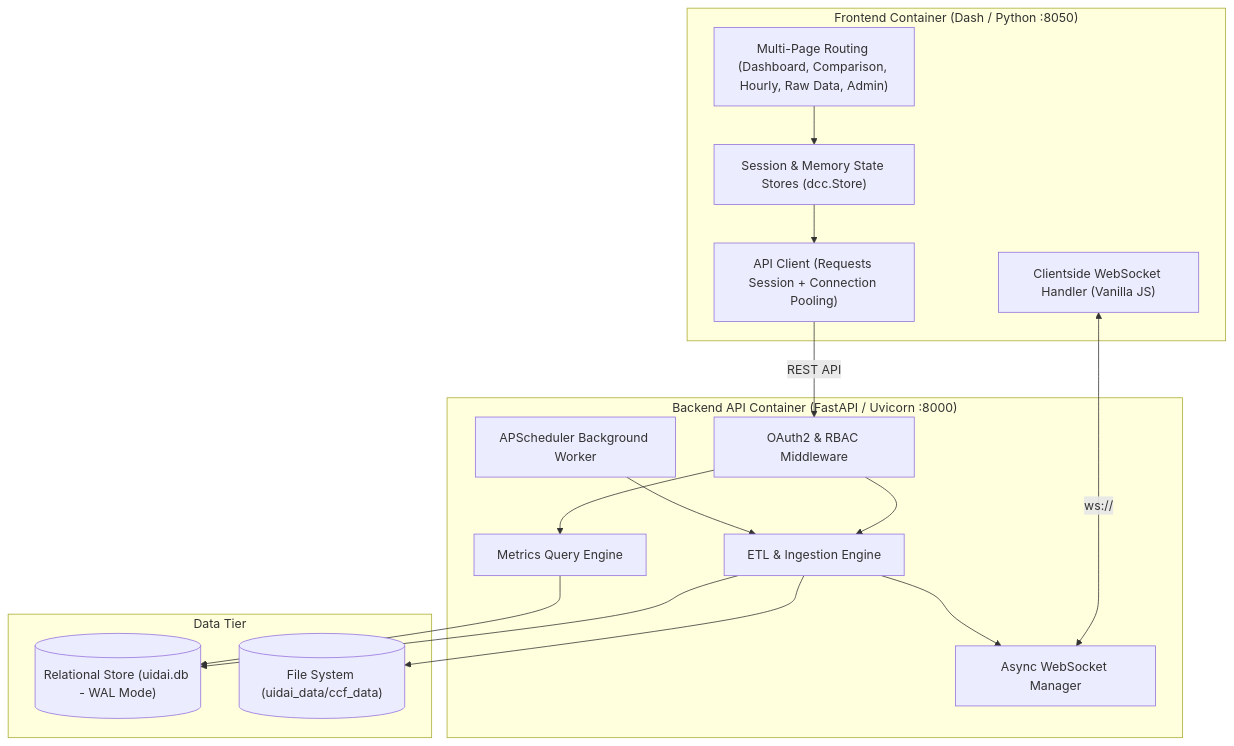
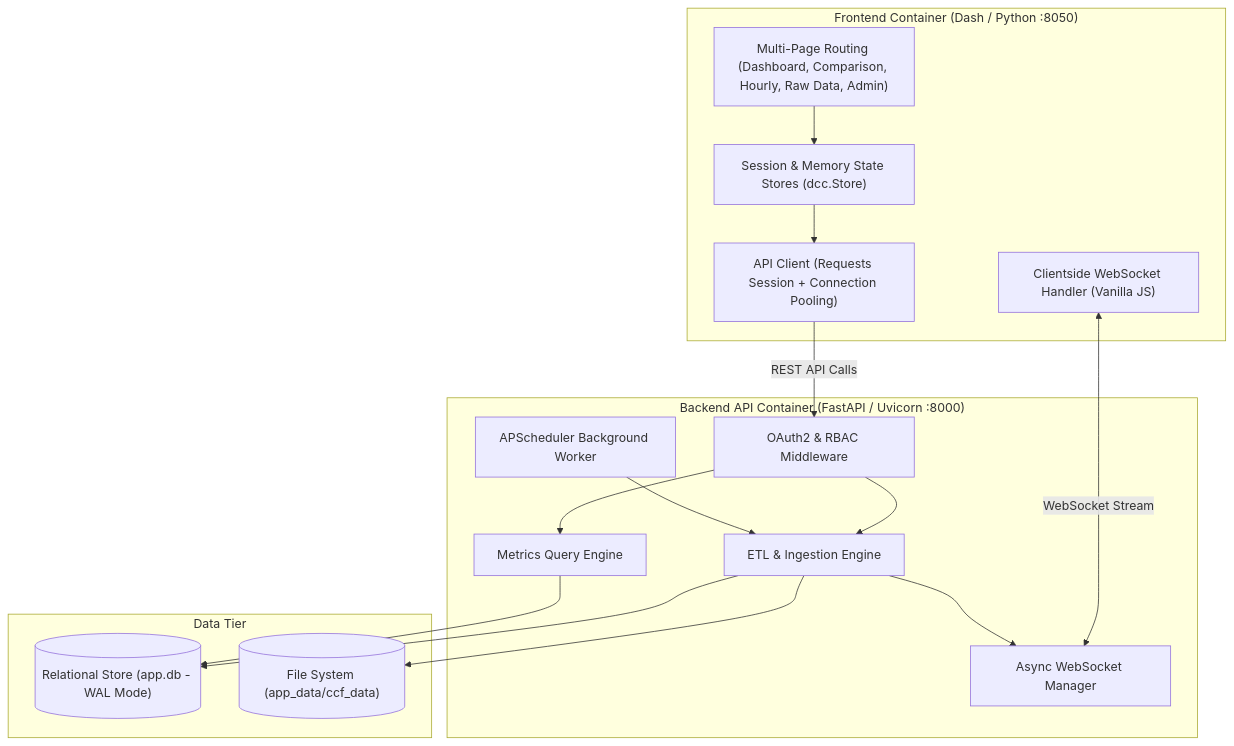
The third of 6 diagrams in ARCHITECTURE.md (IDKHowToCodeFR/uidai-dashboard), drawn with Mermaid before and after one commit. The commit also changed other lines of this file and 14 other files, not shown here.

Commit message:
fix:new-arch,config.py,data_ingestion for ccf, sample_data_maker for ccf fixed

````diff
--- a/ARCHITECTURE.md
+++ b/ARCHITECTURE.md
@@ -69,34 +70,34 @@
 ```mermaid
 graph TB
-    subgraph FrontendApp [" Frontend Container (Dash / Python :8050) "]
+    subgraph FrontendApp ["Frontend Container (Dash / Python :8050)"]
         UI_Pages["Multi-Page Routing (Dashboard, Comparison, Hourly, Raw Data, Admin)"]
         UI_State["Session & Memory State Stores (dcc.Store)"]
         UI_Client["API Client (Requests Session + Connection Pooling)"]
         UI_WS["Clientside WebSocket Handler (Vanilla JS)"]
     end
 
-    subgraph BackendApp [" Backend API Container (FastAPI / Uvicorn :8000) "]
+    subgraph BackendApp ["Backend API Container (FastAPI / Uvicorn :8000)"]
         API_Auth["OAuth2 & RBAC Middleware"]
         API_Upload["ETL & Ingestion Engine"]
         API_Metrics["Metrics Query Engine"]
         API_WS["Async WebSocket Manager"]
         API_Sched["APScheduler Background Worker"]
     end
 
-    subgraph DataTier [" Data Tier "]
-        DB[("Relational Store (uidai.db - WAL Mode)")]
-        DiskFS[("File System (uidai_data/ccf_data)")]
+    subgraph DataTier ["Data Tier"]
+        DB[("Relational Store (app.db - WAL Mode)")]
+        DiskFS[("File System (app_data/ccf_data)")]
     end
 
     UI_Pages --> UI_State
     UI_State --> UI_Client
-    UI_WS <-->|ws://| API_WS
-    UI_Client -->|REST API| API_Auth
+    UI_WS <-->|WebSocket Stream| API_WS
+    UI_Client -->|REST API Calls| API_Auth
     API_Auth --> API_Metrics
     API_Auth --> API_Upload
     API_Upload --> API_WS
     API_Upload --> DiskFS
     API_Upload --> DB
     API_Metrics --> DB
     API_Sched --> API_Upload
 ```
````
